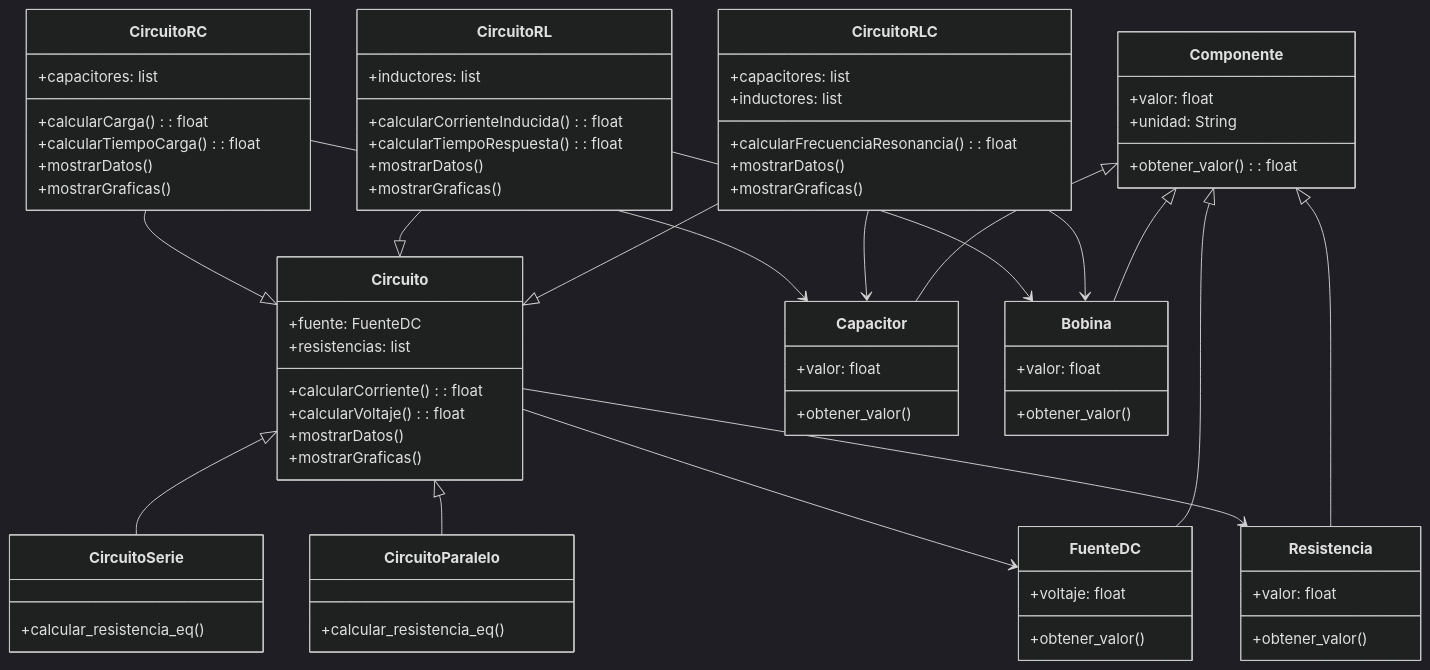
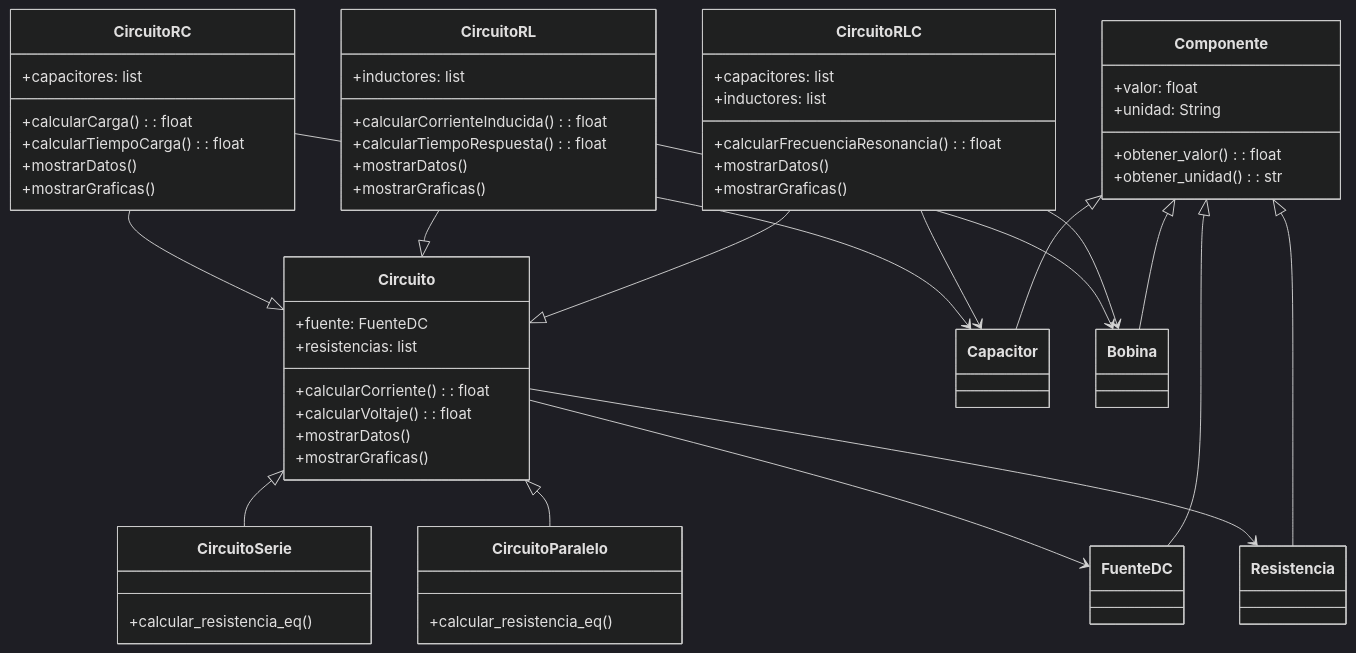
The second of 2 diagrams in README.md (hmiller17/Final_Proyect), drawn with Mermaid (dark theme) before and after one commit. The commit also changed other lines of this file and 1 other file, not shown here.

Commit message:
Clases unidas 1 y update diagrama de clases.

````diff
--- a/README.md
+++ b/README.md
@@ -198,26 +198,23 @@
         +valor: float
         +unidad: String
         +obtener_valor() : float
+        +obtener_unidad() : str
     }
 
     class Resistencia {
-        +valor: float
-        +obtener_valor()
+
     }
 
     class Capacitor {
-        +valor: float
-        +obtener_valor()
+
     }
 
     class Bobina {
-        +valor: float
-        +obtener_valor()
+
     }
 
     class FuenteDC {
-        +voltaje: float
-        +obtener_valor()
+        
     }
 
     %% Herencia de Circuito
@@ -242,4 +239,5 @@
     Componente <|-- Capacitor
     Componente <|-- Bobina
     Componente <|-- FuenteDC
+
 ```
````
